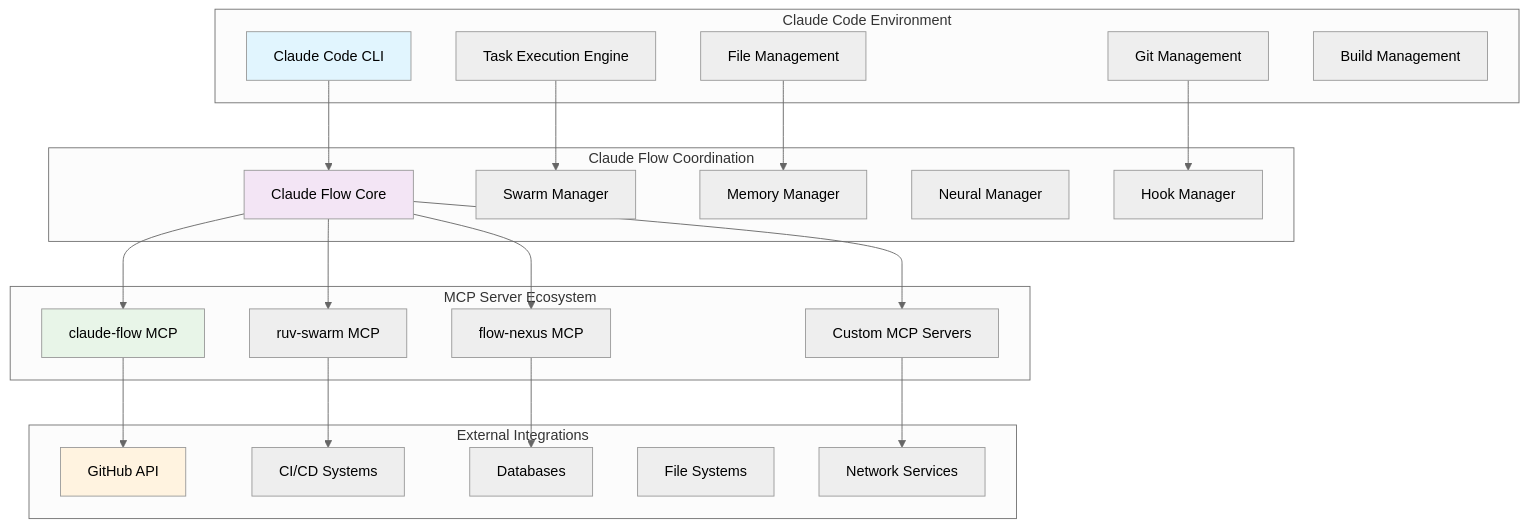
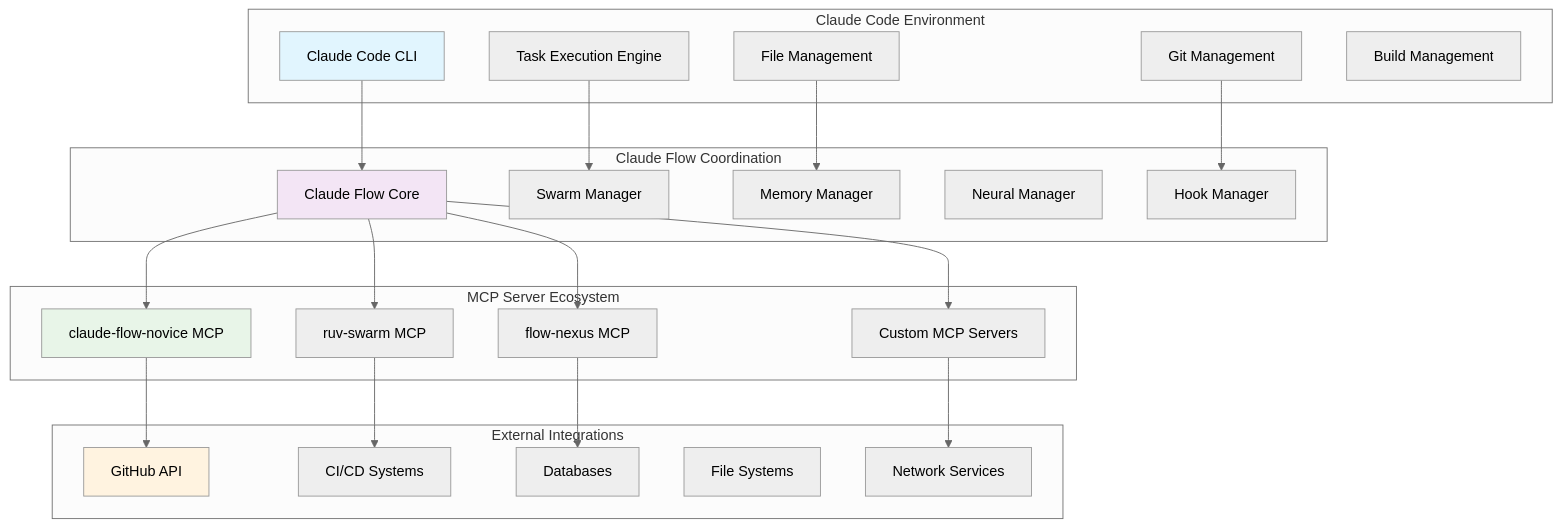
Before and after one commit to masharratt/claude-flow-novice: the first of 13 diagrams in wiki/core-concepts/integration.md, drawn with Mermaid (neutral theme). The commit also changed other lines of this file and 409 other files, not shown here.

````diff
--- a/wiki/core-concepts/integration.md
+++ b/wiki/core-concepts/integration.md
@@ -18,53 +18,53 @@
 ```mermaid
 graph TB
     subgraph "Claude Code Environment"
         CC[Claude Code CLI]
         TE[Task Execution Engine]
         FM[File Management]
         GM[Git Management]
         BM[Build Management]
     end
 
     subgraph "Claude Flow Coordination"
         CF[Claude Flow Core]
         SM[Swarm Manager]
         MM[Memory Manager]
         NM[Neural Manager]
         HM[Hook Manager]
     end
 
     subgraph "MCP Server Ecosystem"
-        MCP1[claude-flow MCP]
+        MCP1[claude-flow-novice MCP]
         MCP2[ruv-swarm MCP]
         MCP3[flow-nexus MCP]
         MCP4[Custom MCP Servers]
     end
 
     subgraph "External Integrations"
         GH[GitHub API]
         CI[CI/CD Systems]
         DB[Databases]
         FS[File Systems]
         NET[Network Services]
     end
 
     CC --> CF
     TE --> SM
     FM --> MM
     GM --> HM
 
     CF --> MCP1
     CF --> MCP2
     CF --> MCP3
     CF --> MCP4
 
     MCP1 --> GH
     MCP2 --> CI
     MCP3 --> DB
     MCP4 --> NET
 
     style CC fill:#e1f5fe
     style CF fill:#f3e5f5
     style MCP1 fill:#e8f5e8
     style GH fill:#fff3e0
 ```
````
